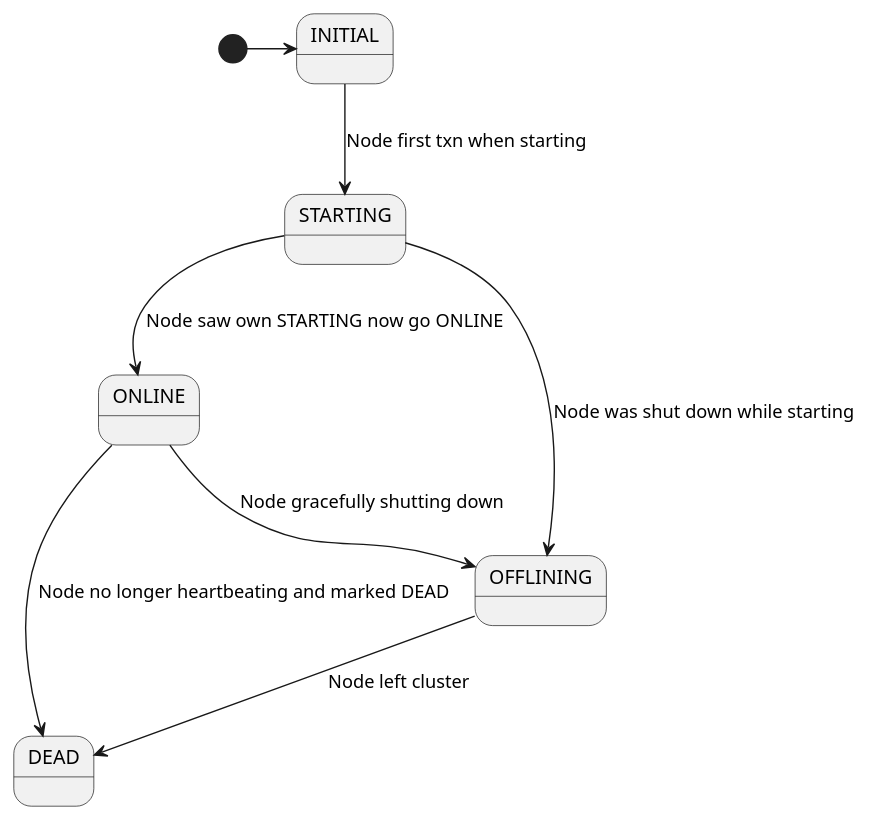
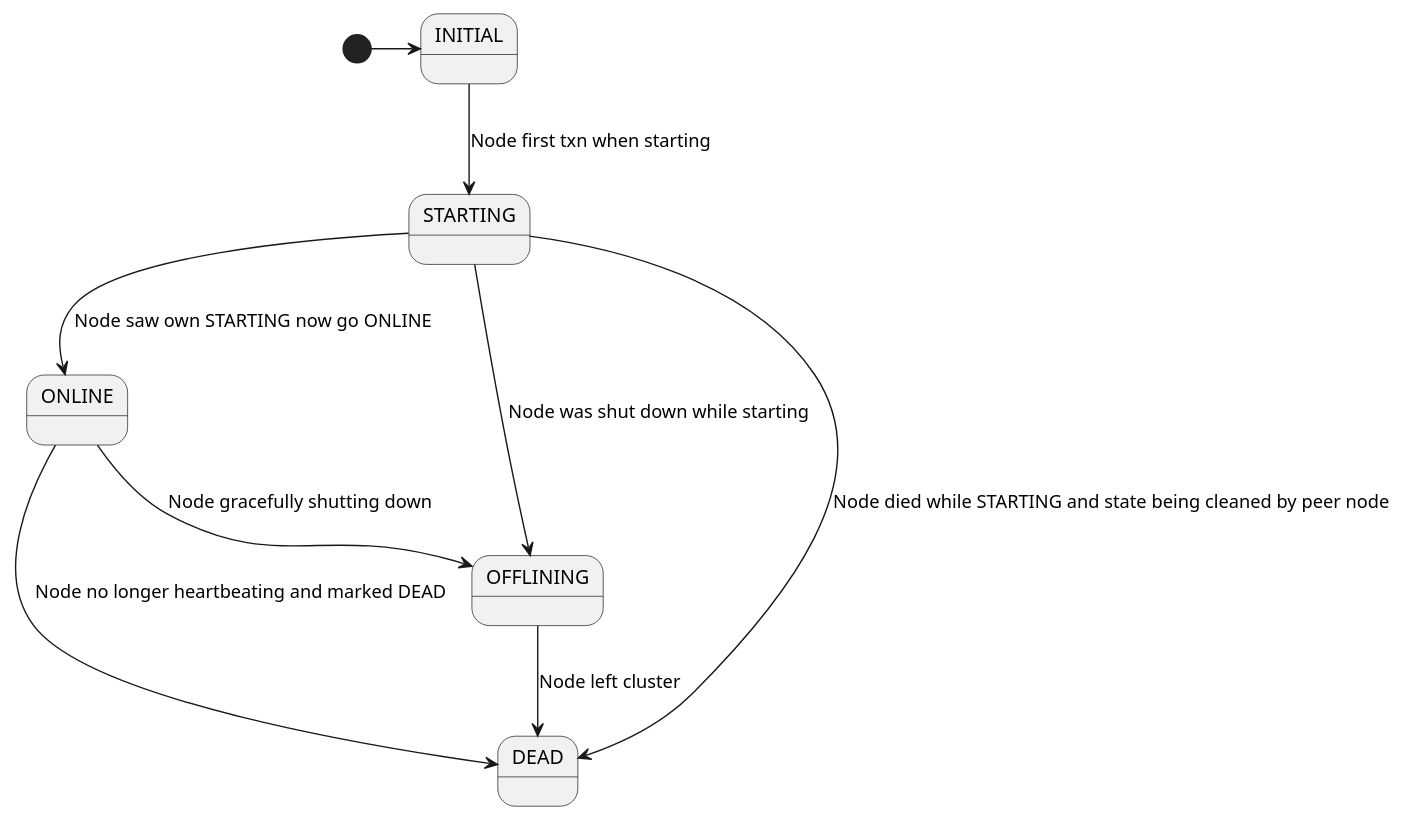
Before and after one commit to NVIDIA/proxyfs: the diagram in consensus/doc/node-state.puml, drawn with PlantUML. The commit also changed 1 other file, not shown here.

Commit message:
Update state diagrams

```diff
--- a/consensus/doc/node-state.puml
+++ b/consensus/doc/node-state.puml
@@ -1,11 +1,12 @@
 @startuml
 
 [*] -> INITIAL
 INITIAL --> STARTING : Node first txn when starting
 STARTING --> ONLINE : Node saw own STARTING now go ONLINE
 STARTING --> OFFLINING : Node was shut down while starting
+STARTING --> DEAD : Node died while STARTING and state being cleaned by peer node
 ONLINE --> OFFLINING : Node gracefully shutting down
 ONLINE --> DEAD : Node no longer heartbeating and marked DEAD
 OFFLINING --> DEAD : Node left cluster
 
 @enduml
```
